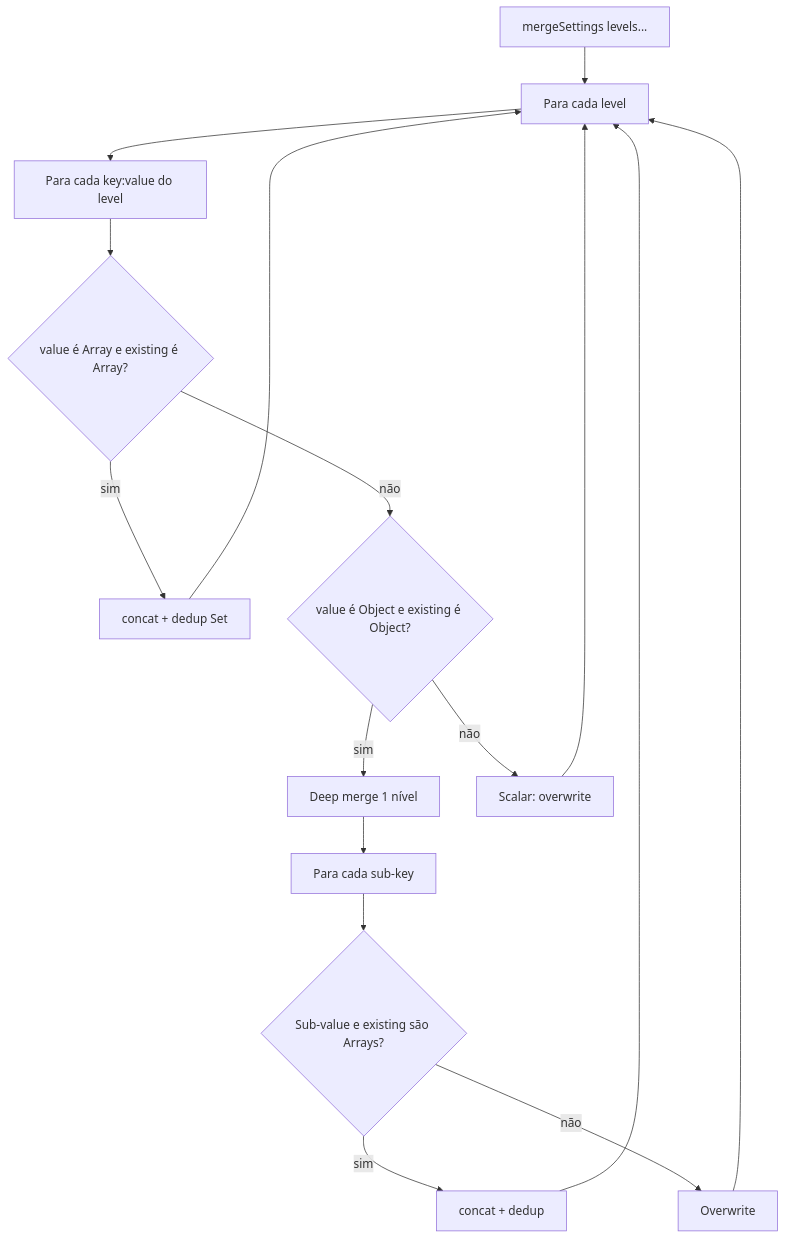
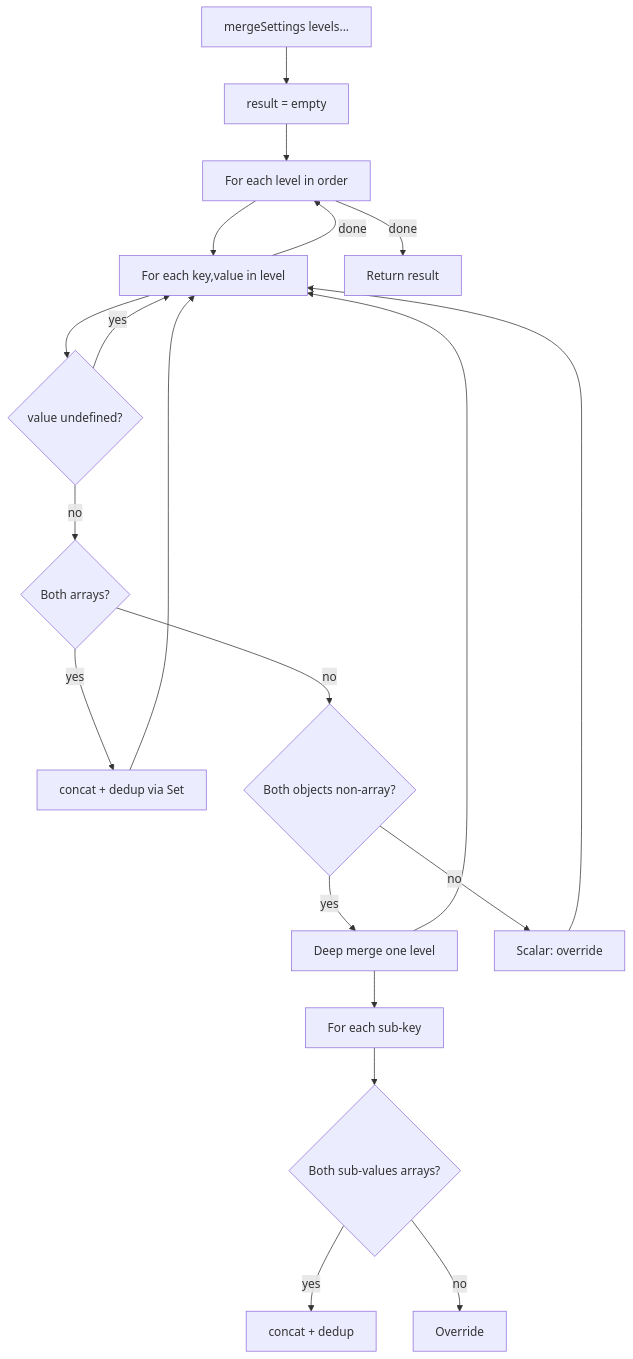
The second of 3 diagrams in _reversa_sdd/flowcharts/settings.md (Hermenics/deepseek-code), drawn with Mermaid before and after one commit. The commit also changed other lines of this file and 75 other files, not shown here.

First line of the commit message:
docs(sdd): translate ADRs and architecture docs to English, reorganize proxy module

````diff
--- a/_reversa_sdd/flowcharts/settings.md
+++ b/_reversa_sdd/flowcharts/settings.md
@@ -25,18 +31,27 @@
 ```mermaid
 flowchart TD
-    A[mergeSettings levels...] --> B[Para cada level]
-    B --> C[Para cada key:value do level]
-    C --> D{value é Array e existing é Array?}
-    D -->|sim| E[concat + dedup Set]
-    D -->|não| F{value é Object e existing é Object?}
-    F -->|sim| G[Deep merge 1 nível]
-    G --> G1[Para cada sub-key]
-    G1 --> G2{Sub-value e existing são Arrays?}
-    G2 -->|sim| G3[concat + dedup]
-    G2 -->|não| G4[Overwrite]
-    F -->|não| H[Scalar: overwrite]
-    E --> B
-    G3 --> B
-    G4 --> B
-    H --> B
+    A[mergeSettings levels...] --> B[result = empty]
+    B --> C[For each level in order]
+    C --> D[For each key,value in level]
+    
+    D --> E{value undefined?}
+    E -->|yes| D
+    E -->|no| F{Both arrays?}
+    
+    F -->|yes| G[concat + dedup via Set]
+    F -->|no| H{Both objects non-array?}
+    
+    H -->|yes| I[Deep merge one level]
+    H -->|no| J[Scalar: override]
+    
+    I --> K[For each sub-key]
+    K --> L{Both sub-values arrays?}
+    L -->|yes| M[concat + dedup]
+    L -->|no| N[Override]
+    
+    G --> D
+    I --> D
+    J --> D
+    D -->|done| C
+    C -->|done| O[Return result]
 ```
````
